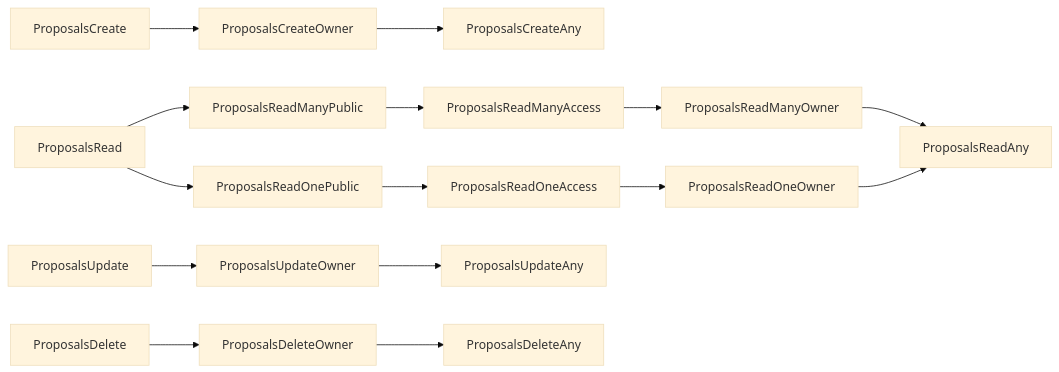
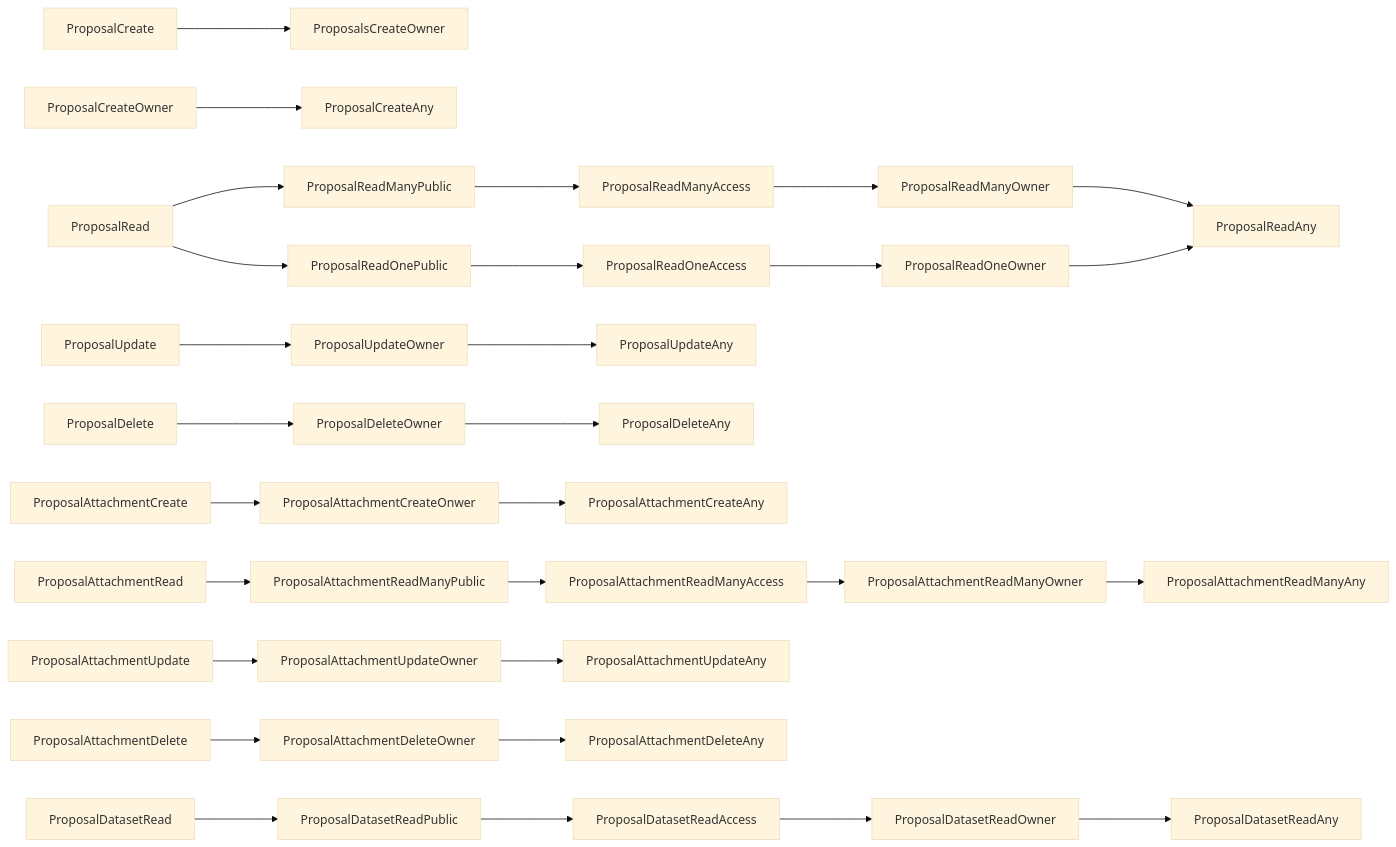
The diagram in Development/v4.x/backend/authorization/authorization_proposals.md (SciCatProject/documentation), drawn with Mermaid (base theme) before and after one commit. The commit also changed other lines of this file and 1 other file, not shown here.

Commit message:
Updated proposal authorization and created samples authorization

````diff
--- a/Development/v4.x/backend/authorization/authorization_proposals.md
+++ b/Development/v4.x/backend/authorization/authorization_proposals.md
@@ -27,17 +48,31 @@
 ```mermaid
 graph LR;
-    ProposalsCreate-->ProposalsCreateOwner;
-    ProposalsCreateOwner-->ProposalsCreateAny;
-    ProposalsRead-->ProposalsReadManyPublic;
-    ProposalsReadManyPublic-->ProposalsReadManyAccess;
-    ProposalsReadManyAccess-->ProposalsReadManyOwner;
-    ProposalsReadManyOwner-->ProposalsReadAny;
-    ProposalsRead-->ProposalsReadOnePublic;
-    ProposalsReadOnePublic-->ProposalsReadOneAccess;
-    ProposalsReadOneAccess-->ProposalsReadOneOwner;
-    ProposalsReadOneOwner-->ProposalsReadAny;
-    ProposalsUpdate-->ProposalsUpdateOwner;
-    ProposalsUpdateOwner-->ProposalsUpdateAny;
-    ProposalsDelete-->ProposalsDeleteOwner;
-    ProposalsDeleteOwner-->ProposalsDeleteAny;
+    ProposalCreate-->ProposalsCreateOwner;
+    ProposalCreateOwner-->ProposalCreateAny;
+    ProposalRead-->ProposalReadManyPublic;
+    ProposalReadManyPublic-->ProposalReadManyAccess;
+    ProposalReadManyAccess-->ProposalReadManyOwner;
+    ProposalReadManyOwner-->ProposalReadAny;
+    ProposalRead-->ProposalReadOnePublic;
+    ProposalReadOnePublic-->ProposalReadOneAccess;
+    ProposalReadOneAccess-->ProposalReadOneOwner;
+    ProposalReadOneOwner-->ProposalReadAny;
+    ProposalUpdate-->ProposalUpdateOwner;
+    ProposalUpdateOwner-->ProposalUpdateAny;
+    ProposalDelete-->ProposalDeleteOwner;
+    ProposalDeleteOwner-->ProposalDeleteAny;
+    ProposalAttachmentCreate-->ProposalAttachmentCreateOnwer;
+    ProposalAttachmentCreateOnwer-->ProposalAttachmentCreateAny;
+    ProposalAttachmentRead-->ProposalAttachmentReadManyPublic;
+    ProposalAttachmentReadManyPublic-->ProposalAttachmentReadManyAccess;
+    ProposalAttachmentReadManyAccess-->ProposalAttachmentReadManyOwner;
+    ProposalAttachmentReadManyOwner-->ProposalAttachmentReadManyAny;
+    ProposalAttachmentUpdate-->ProposalAttachmentUpdateOwner;
+    ProposalAttachmentUpdateOwner-->ProposalAttachmentUpdateAny;
+    ProposalAttachmentDelete-->ProposalAttachmentDeleteOwner;
+    ProposalAttachmentDeleteOwner-->ProposalAttachmentDeleteAny;
+    ProposalDatasetRead-->ProposalDatasetReadPublic;
+    ProposalDatasetReadPublic-->ProposalDatasetReadAccess;
+    ProposalDatasetReadAccess-->ProposalDatasetReadOwner;
+    ProposalDatasetReadOwner-->ProposalDatasetReadAny;
 ```
````
